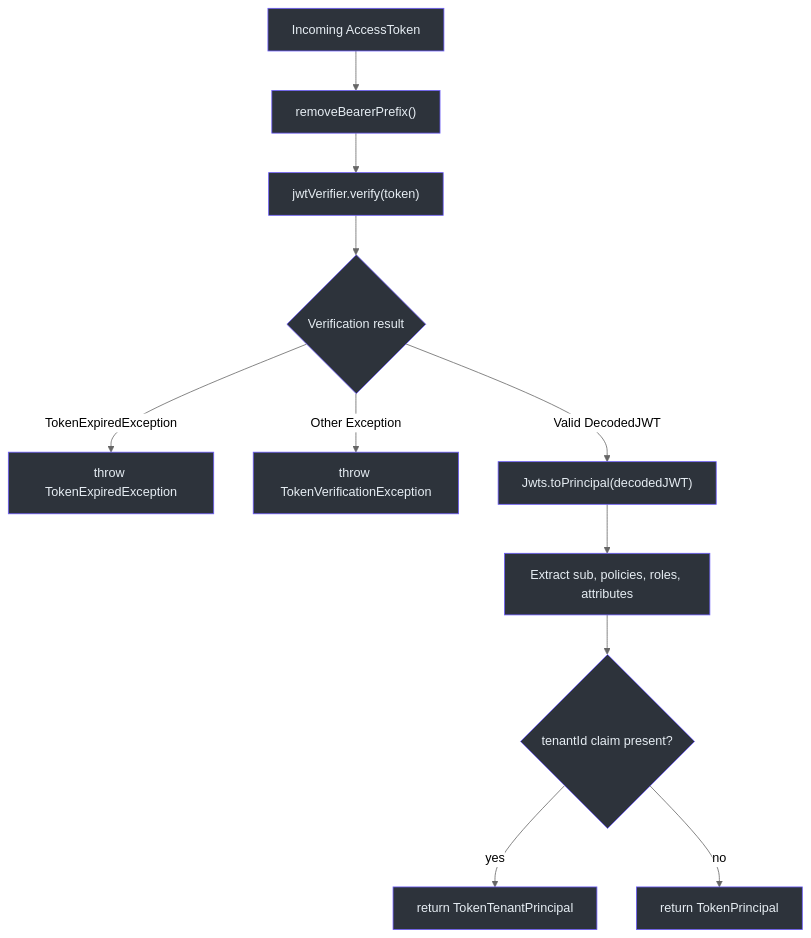
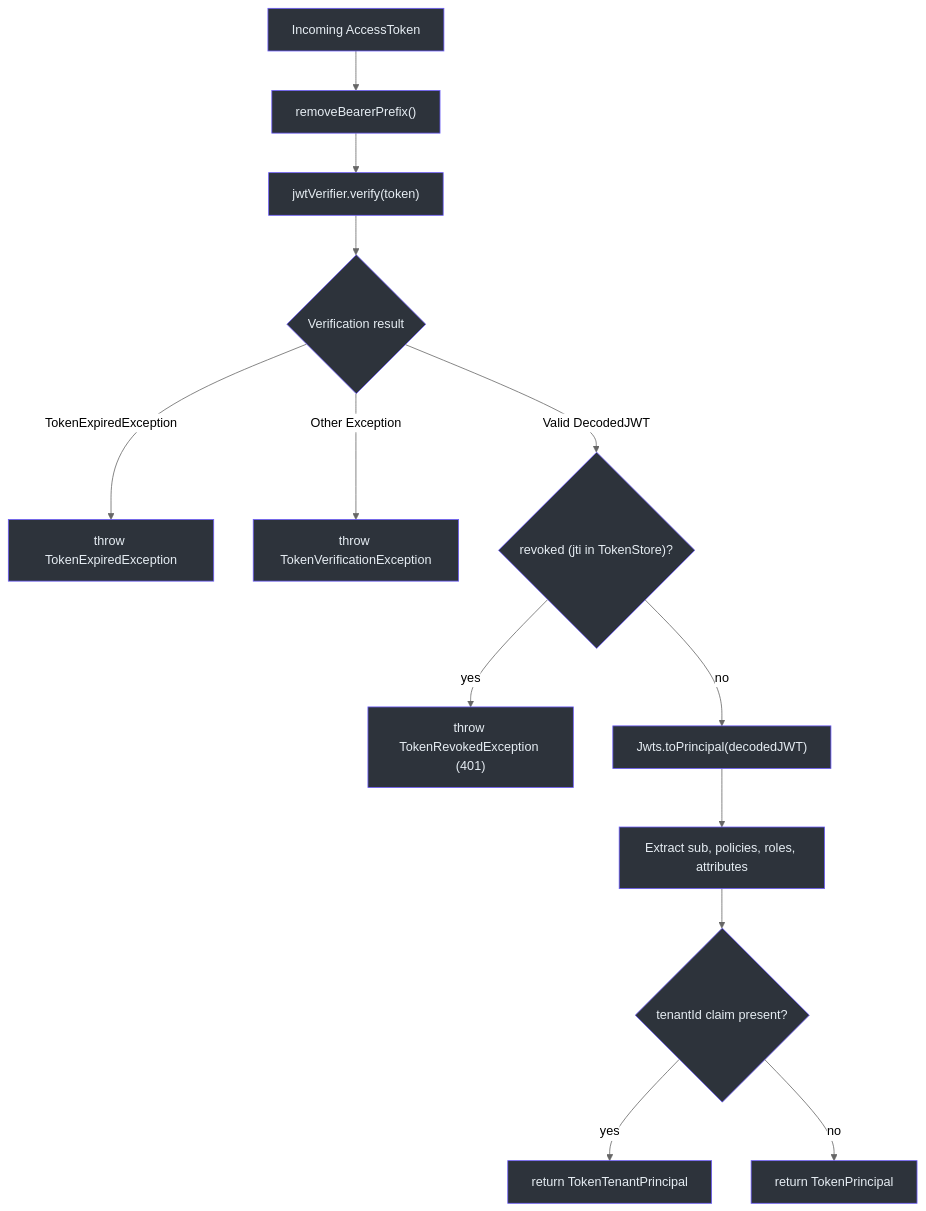
One commit to Ahoo-Wang/CoSec changed the second of 3 diagrams in wiki/deep-dive/authentication/jwt-integration.md. Above: the diagram before and after it, drawn with Mermaid (neutral theme). The commit also changed other lines of this file and 59 other files, not shown here.

````diff
--- a/wiki/deep-dive/authentication/jwt-integration.md
+++ b/wiki/deep-dive/authentication/jwt-integration.md
@@ -137,26 +137,30 @@
 ```mermaid
 flowchart TD
     A["Incoming AccessToken"] --> B["removeBearerPrefix()"]
     B --> C["jwtVerifier.verify(token)"]
     C --> D{"Verification result"}
     D -->|"TokenExpiredException"| E["throw TokenExpiredException"]
     D -->|"Other Exception"| F["throw TokenVerificationException"]
-    D -->|"Valid DecodedJWT"| G["Jwts.toPrincipal(decodedJWT)"]
+    D -->|"Valid DecodedJWT"| N{"revoked (jti in TokenStore)?"}
+    N -->|"yes"| R["throw TokenRevokedException (401)"]
+    N -->|"no"| G["Jwts.toPrincipal(decodedJWT)"]
     G --> H["Extract sub, policies, roles, attributes"]
     H --> I{"tenantId claim present?"}
     I -->|"yes"| J["return TokenTenantPrincipal"]
     I -->|"no"| K["return TokenPrincipal"]
 
     style A fill:#2d333b,stroke:#6d5dfc,color:#e6edf3
     style B fill:#2d333b,stroke:#6d5dfc,color:#e6edf3
     style C fill:#2d333b,stroke:#6d5dfc,color:#e6edf3
     style D fill:#2d333b,stroke:#6d5dfc,color:#e6edf3
     style E fill:#2d333b,stroke:#6d5dfc,color:#e6edf3
     style F fill:#2d333b,stroke:#6d5dfc,color:#e6edf3
     style G fill:#2d333b,stroke:#6d5dfc,color:#e6edf3
     style H fill:#2d333b,stroke:#6d5dfc,color:#e6edf3
     style I fill:#2d333b,stroke:#6d5dfc,color:#e6edf3
     style J fill:#2d333b,stroke:#6d5dfc,color:#e6edf3
     style K fill:#2d333b,stroke:#6d5dfc,color:#e6edf3
+    style N fill:#2d333b,stroke:#6d5dfc,color:#e6edf3
+    style R fill:#2d333b,stroke:#6d5dfc,color:#e6edf3
 
 ```
````
